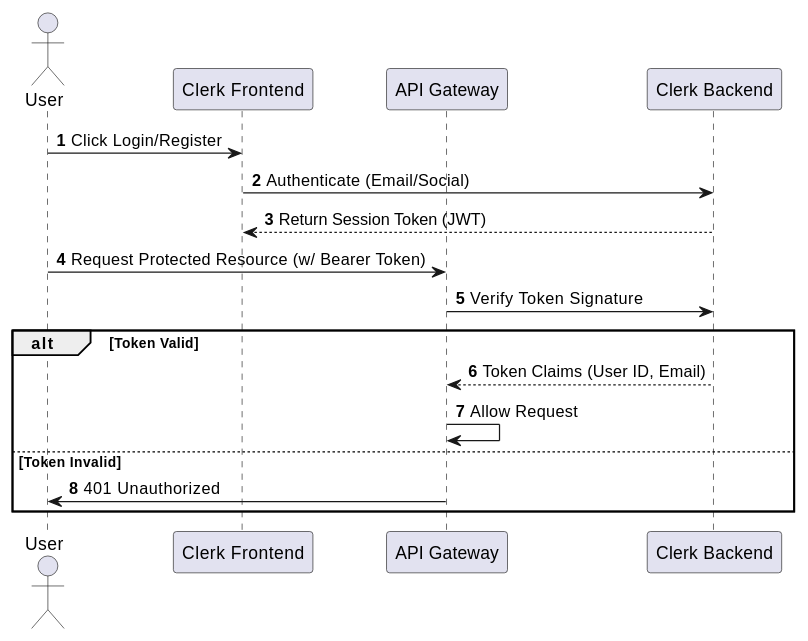
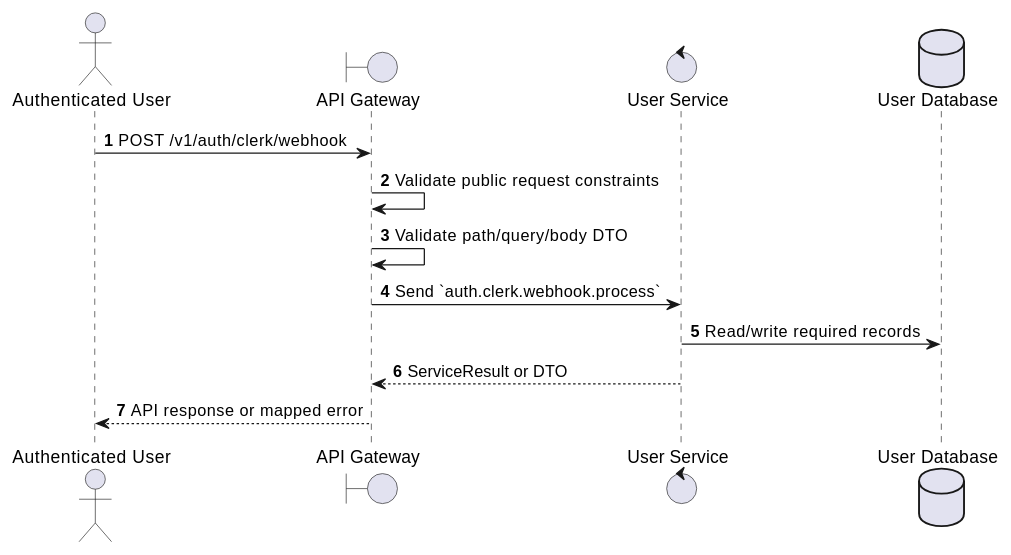
The first of 2 diagrams in docs/functional_specs/3.1_User_Management/UM-01_User_Authentication.md (Tanh1603/movie-hub-architecture), drawn with PlantUML before and after one commit. The commit also changed other lines of this file and 126 other files, not shown here.

````diff
--- a/docs/functional_specs/3.1_User_Management/UM-01_User_Authentication.md
+++ b/docs/functional_specs/3.1_User_Management/UM-01_User_Authentication.md
@@ -17,21 +17,17 @@
 ```plantuml
 @startuml
 autonumber
-actor User
-participant "Clerk Frontend" as ClerkUI
-participant "API Gateway" as GW
-participant "Clerk Backend" as ClerkAPI
+actor "Authenticated User" as Actor
+boundary "API Gateway" as GW
+control "User Service" as SVC
+database "User Database" as DB
 
-User -> ClerkUI: Click Login/Register
-ClerkUI -> ClerkAPI: Authenticate (Email/Social)
-ClerkAPI --> ClerkUI: Return Session Token (JWT)
-User -> GW: Request Protected Resource (w/ Bearer Token)
-GW -> ClerkAPI: Verify Token Signature
-alt Token Valid
-    ClerkAPI --> GW: Token Claims (User ID, Email)
-    GW -> GW: Allow Request
-else Token Invalid
-    GW -> User: 401 Unauthorized
-end
+Actor -> GW: POST /v1/auth/clerk/webhook
+GW -> GW: Validate public request constraints
+GW -> GW: Validate path/query/body DTO
+GW -> SVC: Send `auth.clerk.webhook.process`
+SVC -> DB: Read/write required records
+SVC --> GW: ServiceResult or DTO
+GW --> Actor: API response or mapped error
 @enduml
 ```
````
